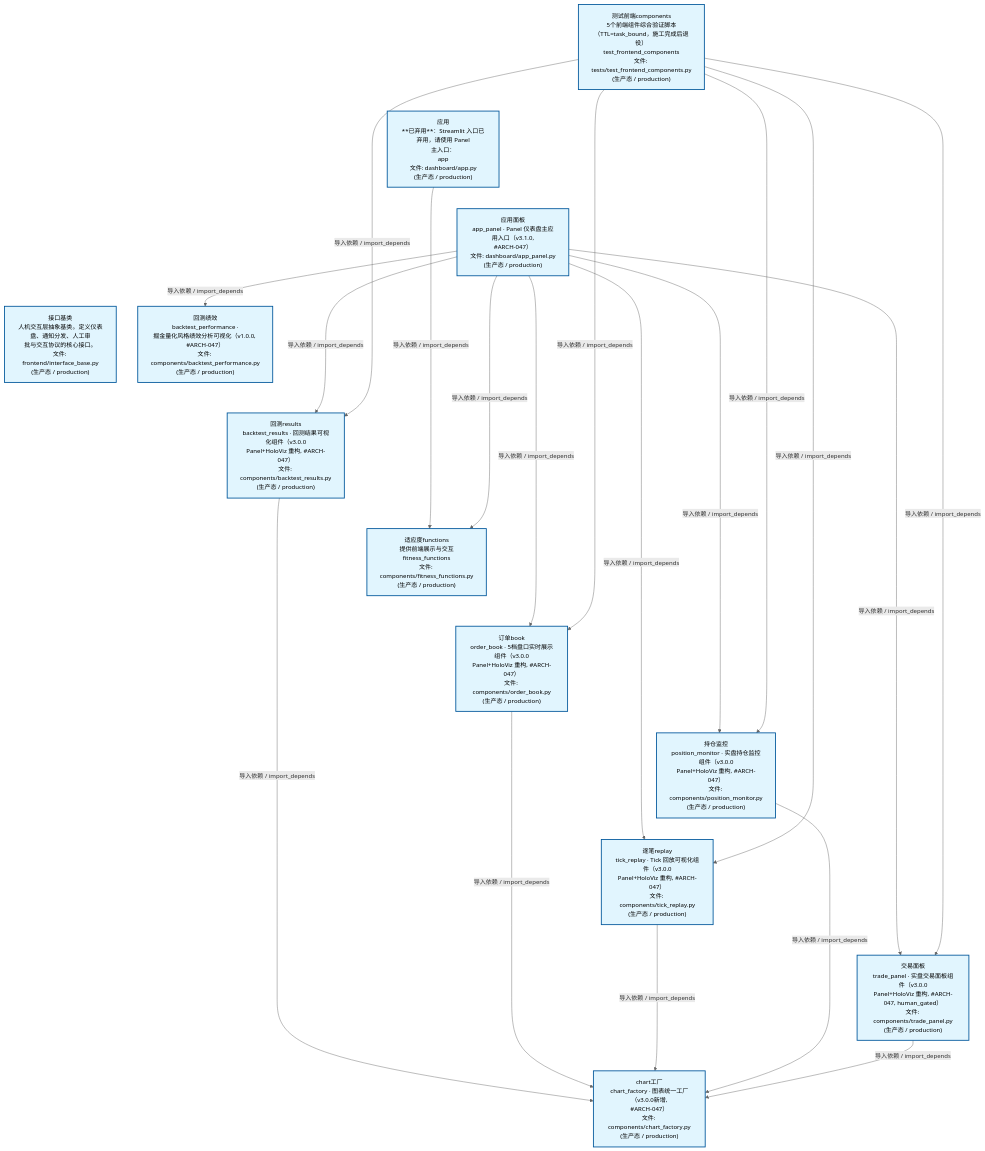
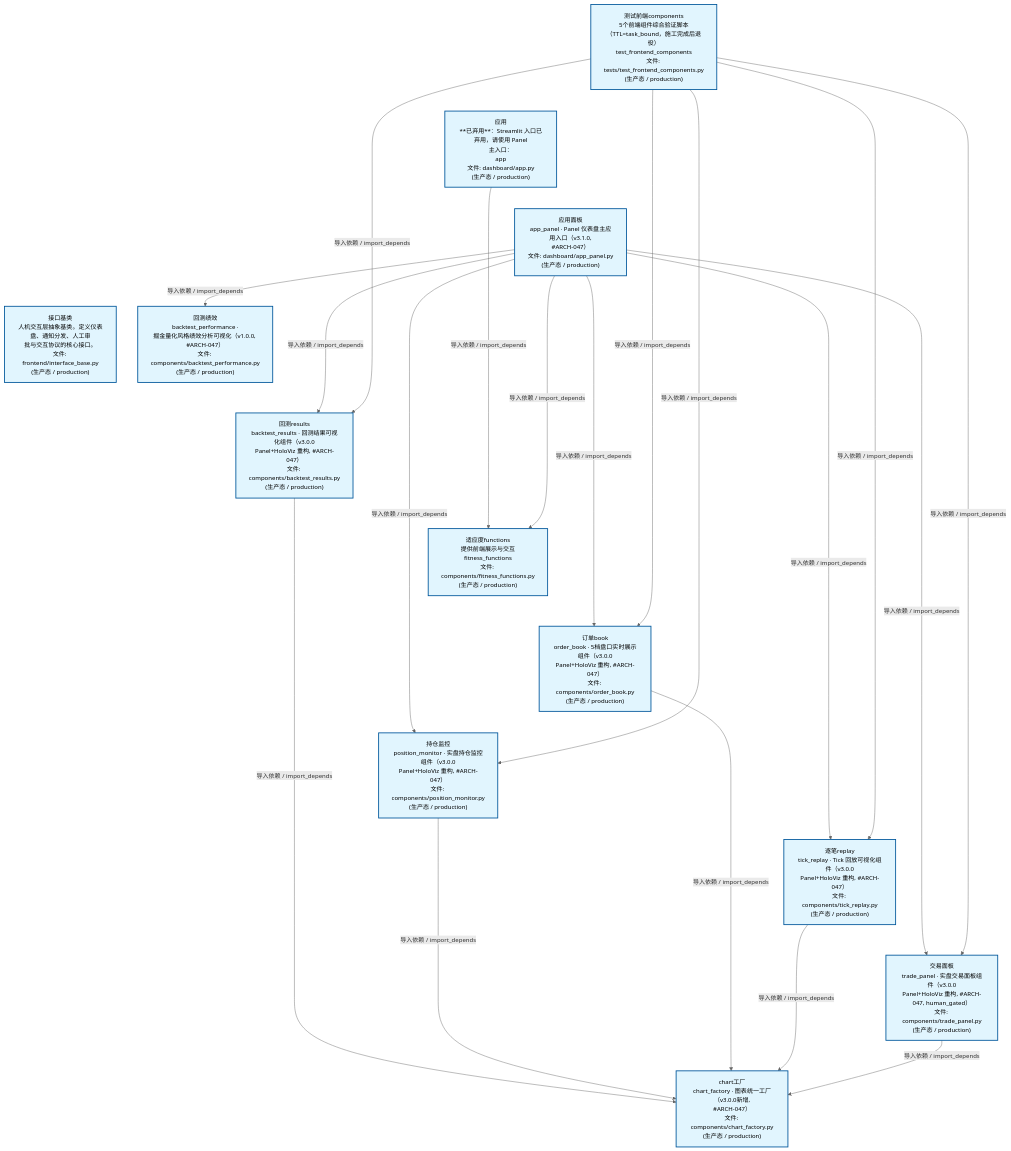
The second of 4 diagrams in docs/02_enterprise_architecture/02_domain_architecture_docs/47_d_frontend.md (xuanFelixVan/ZephyrAlpha), drawn with Mermaid before and after one commit. The commit also changed other lines of this file and 50 other files, not shown here.

````diff
--- a/docs/02_enterprise_architecture/02_domain_architecture_docs/47_d_frontend.md
+++ b/docs/02_enterprise_architecture/02_domain_architecture_docs/47_d_frontend.md
@@ -124,48 +124,48 @@
 ```mermaid
 %%{init: {'theme': 'base', 'themeVariables': {'primaryColor': '#eaeaea', 'primaryTextColor': '#333333', 'primaryBorderColor': '#666666', 'lineColor': '#666666', 'secondaryColor': '#eaeaea', 'tertiaryColor': '#eaeaea', 'fontSize': '14px'}}}%%
 flowchart TD
     scripts_tests_test_frontend_components_py["测试前端components<br/>5个前端组件综合验证脚本<br/>（TTL=task_bound，施工完成后退役）<br/>test_frontend_components<br/>文件: tests/test_frontend_components.py<br/>(生产态 / production)"]
     src_zephyr_frontend_dashboard_app_py["应用<br/>**已弃用**：Streamlit 入口已弃用，请使用 Panel<br/>主入口：<br/>app<br/>文件: dashboard/app.py<br/>(生产态 / production)"]
     src_zephyr_frontend_dashboard_app_panel_py["应用面板<br/>app_panel · Panel 仪表盘主应用入口（v3.1.0,<br/>#ARCH-047）<br/>文件: dashboard/app_panel.py<br/>(生产态 / production)"]
     src_zephyr_frontend_interface_base_py["接口基类<br/>人机交互层抽象基类。定义仪表盘、通知分发、人工审<br/>批与交互协议的核心接口。<br/>文件: frontend/interface_base.py<br/>(生产态 / production)"]
     scripts_tests_test_frontend_components_py ~~~ src_zephyr_frontend_dashboard_app_py
     src_zephyr_frontend_dashboard_app_py ~~~ src_zephyr_frontend_dashboard_app_panel_py
     src_zephyr_frontend_dashboard_app_panel_py ~~~ src_zephyr_frontend_interface_base_py
     src_zephyr_frontend_dashboard_components_backtest_performance_py["回测绩效<br/>backtest_performance ·<br/>掘金量化风格绩效分析可视化（v1.0.0, #ARCH-047）<br/>文件: components/backtest_performance.py<br/>(生产态 / production)"]
     src_zephyr_frontend_dashboard_components_backtest_results_py["回测results<br/>backtest_results · 回测结果可视化组件（v3.0.0<br/>Panel+HoloViz 重构, #ARCH-047）<br/>文件: components/backtest_results.py<br/>(生产态 / production)"]
     src_zephyr_frontend_dashboard_components_fitness_functions_py["适应度functions<br/>提供前端展示与交互<br/>fitness_functions<br/>文件: components/fitness_functions.py<br/>(生产态 / production)"]
     src_zephyr_frontend_dashboard_components_order_book_py["订单book<br/>order_book · 5档盘口实时展示组件（v3.0.0<br/>Panel+HoloViz 重构, #ARCH-047）<br/>文件: components/order_book.py<br/>(生产态 / production)"]
     src_zephyr_frontend_dashboard_components_position_monitor_py["持仓监控<br/>position_monitor · 实盘持仓监控组件（v3.0.0<br/>Panel+HoloViz 重构, #ARCH-047）<br/>文件: components/position_monitor.py<br/>(生产态 / production)"]
     src_zephyr_frontend_dashboard_components_tick_replay_py["逐笔replay<br/>tick_replay · Tick 回放可视化组件（v3.0.0<br/>Panel+HoloViz 重构, #ARCH-047）<br/>文件: components/tick_replay.py<br/>(生产态 / production)"]
     src_zephyr_frontend_dashboard_components_trade_panel_py["交易面板<br/>trade_panel · 实盘交易面板组件（v3.0.0<br/>Panel+HoloViz 重构, #ARCH-047, human_gated）<br/>文件: components/trade_panel.py<br/>(生产态 / production)"]
     src_zephyr_frontend_dashboard_components_backtest_performance_py ~~~ src_zephyr_frontend_dashboard_components_backtest_results_py
     src_zephyr_frontend_dashboard_components_backtest_results_py ~~~ src_zephyr_frontend_dashboard_components_fitness_functions_py
     src_zephyr_frontend_dashboard_components_fitness_functions_py ~~~ src_zephyr_frontend_dashboard_components_order_book_py
     src_zephyr_frontend_dashboard_components_order_book_py ~~~ src_zephyr_frontend_dashboard_components_position_monitor_py
     src_zephyr_frontend_dashboard_components_position_monitor_py ~~~ src_zephyr_frontend_dashboard_components_tick_replay_py
     src_zephyr_frontend_dashboard_components_tick_replay_py ~~~ src_zephyr_frontend_dashboard_components_trade_panel_py
     src_zephyr_frontend_dashboard_components_chart_factory_py["chart工厂<br/>chart_factory · 图表统一工厂（v3.0.0新增,<br/>#ARCH-047）<br/>文件: components/chart_factory.py<br/>(生产态 / production)"]
     src_zephyr_frontend_dashboard_app_py -->|导入依赖 / import_depends| src_zephyr_frontend_dashboard_components_fitness_functions_py
+    src_zephyr_frontend_dashboard_app_panel_py -->|导入依赖 / import_depends| src_zephyr_frontend_dashboard_components_backtest_results_py
     src_zephyr_frontend_dashboard_app_panel_py -->|导入依赖 / import_depends| src_zephyr_frontend_dashboard_components_backtest_performance_py
-    src_zephyr_frontend_dashboard_app_panel_py -->|导入依赖 / import_depends| src_zephyr_frontend_dashboard_components_backtest_results_py
+    src_zephyr_frontend_dashboard_app_panel_py -->|导入依赖 / import_depends| src_zephyr_frontend_dashboard_components_position_monitor_py
     src_zephyr_frontend_dashboard_app_panel_py -->|导入依赖 / import_depends| src_zephyr_frontend_dashboard_components_fitness_functions_py
     src_zephyr_frontend_dashboard_app_panel_py -->|导入依赖 / import_depends| src_zephyr_frontend_dashboard_components_order_book_py
     src_zephyr_frontend_dashboard_app_panel_py -->|导入依赖 / import_depends| src_zephyr_frontend_dashboard_components_tick_replay_py
-    src_zephyr_frontend_dashboard_app_panel_py -->|导入依赖 / import_depends| src_zephyr_frontend_dashboard_components_position_monitor_py
     src_zephyr_frontend_dashboard_app_panel_py -->|导入依赖 / import_depends| src_zephyr_frontend_dashboard_components_trade_panel_py
     src_zephyr_frontend_dashboard_components_backtest_results_py -->|导入依赖 / import_depends| src_zephyr_frontend_dashboard_components_chart_factory_py
+    src_zephyr_frontend_dashboard_components_position_monitor_py -->|导入依赖 / import_depends| src_zephyr_frontend_dashboard_components_chart_factory_py
     src_zephyr_frontend_dashboard_components_order_book_py -->|导入依赖 / import_depends| src_zephyr_frontend_dashboard_components_chart_factory_py
     src_zephyr_frontend_dashboard_components_tick_replay_py -->|导入依赖 / import_depends| src_zephyr_frontend_dashboard_components_chart_factory_py
-    src_zephyr_frontend_dashboard_components_position_monitor_py -->|导入依赖 / import_depends| src_zephyr_frontend_dashboard_components_chart_factory_py
     src_zephyr_frontend_dashboard_components_trade_panel_py -->|导入依赖 / import_depends| src_zephyr_frontend_dashboard_components_chart_factory_py
     scripts_tests_test_frontend_components_py -->|导入依赖 / import_depends| src_zephyr_frontend_dashboard_components_backtest_results_py
+    scripts_tests_test_frontend_components_py -->|导入依赖 / import_depends| src_zephyr_frontend_dashboard_components_position_monitor_py
     scripts_tests_test_frontend_components_py -->|导入依赖 / import_depends| src_zephyr_frontend_dashboard_components_order_book_py
     scripts_tests_test_frontend_components_py -->|导入依赖 / import_depends| src_zephyr_frontend_dashboard_components_tick_replay_py
-    scripts_tests_test_frontend_components_py -->|导入依赖 / import_depends| src_zephyr_frontend_dashboard_components_position_monitor_py
     scripts_tests_test_frontend_components_py -->|导入依赖 / import_depends| src_zephyr_frontend_dashboard_components_trade_panel_py
     classDef production fill:#e1f5fe,stroke:#01579b,stroke-width:2px,color:#000
     classDef design fill:#fff3e0,stroke:#e65100,stroke-width:2px,color:#000,stroke-dasharray: 5 5
     classDef external_prod fill:#e8f4fd,stroke:#0277bd,stroke-width:1px,color:#000
     classDef external_design fill:#fff8e7,stroke:#ef6c00,stroke-width:1px,color:#000,stroke-dasharray: 5 5
     class scripts_tests_test_frontend_components_py,src_zephyr_frontend_dashboard_app_py,src_zephyr_frontend_dashboard_app_panel_py,src_zephyr_frontend_dashboard_components_backtest_performance_py,src_zephyr_frontend_dashboard_components_backtest_results_py,src_zephyr_frontend_dashboard_components_chart_factory_py,src_zephyr_frontend_dashboard_components_fitness_functions_py,src_zephyr_frontend_dashboard_components_order_book_py,src_zephyr_frontend_dashboard_components_position_monitor_py,src_zephyr_frontend_dashboard_components_tick_replay_py,src_zephyr_frontend_dashboard_components_trade_panel_py,src_zephyr_frontend_interface_base_py production
 ```
````
